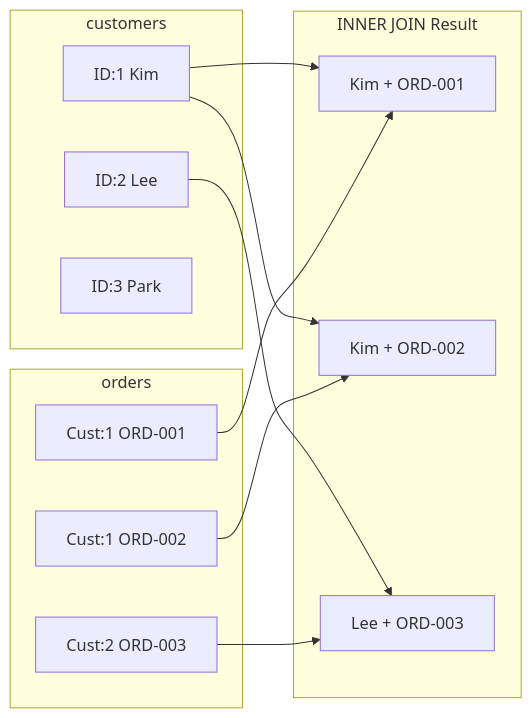
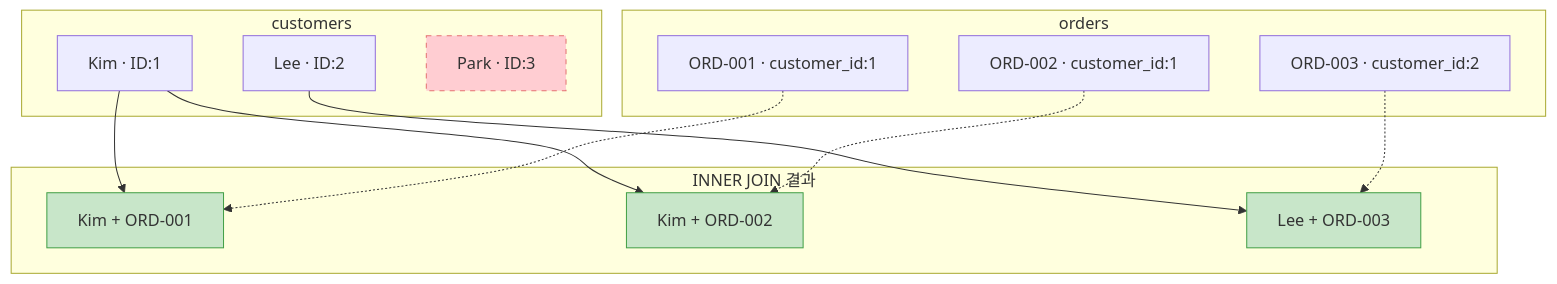
Before and after one commit to civilian7/sql-tutorial: the diagram in docs/ko/intermediate/07-inner-join.md, drawn with Mermaid. The commit also changed other lines of this file and 12 other files, not shown here.

First line of the commit message:
Standardize exercises to 10+, add missing topics, improve JOIN diagrams

````diff
--- a/docs/ko/intermediate/07-inner-join.md
+++ b/docs/ko/intermediate/07-inner-join.md
@@ -10,24 +10,26 @@
 ```mermaid
-flowchart LR
-    subgraph "customers"
-        C1["ID:1 Kim"]
-        C2["ID:2 Lee"]
-        C3["ID:3 Park"]
+flowchart TD
+    subgraph customers["customers"]
+        C1["Kim · ID:1"]
+        C2["Lee · ID:2"]
+        C3["Park · ID:3"]:::excluded
     end
-    subgraph "orders"
-        O1["Cust:1 ORD-001"]
-        O2["Cust:1 ORD-002"]
-        O3["Cust:2 ORD-003"]
+    subgraph orders["orders"]
+        O1["ORD-001 · customer_id:1"]
+        O2["ORD-002 · customer_id:1"]
+        O3["ORD-003 · customer_id:2"]
     end
-    subgraph "INNER JOIN Result"
-        R1["Kim + ORD-001"]
-        R2["Kim + ORD-002"]
-        R3["Lee + ORD-003"]
+    subgraph result["INNER JOIN 결과"]
+        R1["Kim + ORD-001"]:::matched
+        R2["Kim + ORD-002"]:::matched
+        R3["Lee + ORD-003"]:::matched
     end
     C1 --> R1
     C1 --> R2
     C2 --> R3
-    O1 --> R1
-    O2 --> R2
-    O3 --> R3
+    O1 -.-> R1
+    O2 -.-> R2
+    O3 -.-> R3
+    classDef excluded fill:#ffcdd2,stroke:#e57373,stroke-dasharray: 5 5
+    classDef matched fill:#c8e6c9,stroke:#43a047
 ```
````
